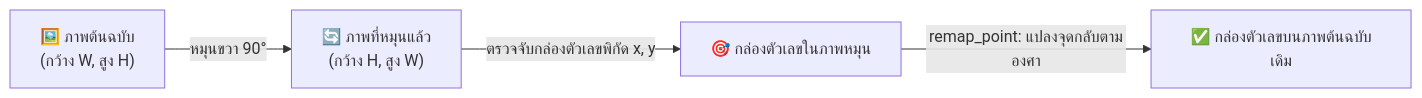
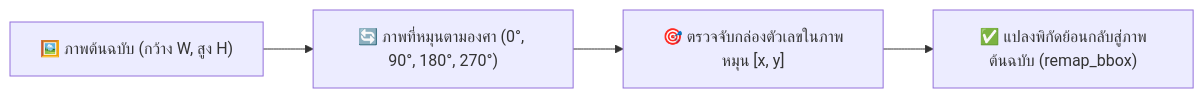
Before and after one commit to jirathxz/meter-reader: the seventh of 17 diagrams in TUTORIAL.md, drawn with Mermaid. The commit also changed other lines of this file, not shown here.

Commit message:
style(docs): split all remaining diagrams (1.3, 1.4, 3.1) into standalone A4-friendly diagrams

````diff
--- a/TUTORIAL.md
+++ b/TUTORIAL.md
@@ -713,6 +723,6 @@
 ```mermaid
 flowchart LR
-  A["🖼️ ภาพต้นฉบับ<br/>(กว้าง W, สูง H)"] -->|"หมุนขวา 90°"| B["🔄 ภาพที่หมุนแล้ว<br/>(กว้าง H, สูง W)"]
-  B -->|"ตรวจจับกล่องตัวเลขพิกัด x, y"| C["🎯 กล่องตัวเลขในภาพหมุน"]
-  C -->|"remap_point: แปลงจุดกลับตามองศา"| D["✅ กล่องตัวเลขบนภาพต้นฉบับเดิม"]
+  A["🖼️ ภาพต้นฉบับ (กว้าง W, สูง H)"] --> B["🔄 ภาพที่หมุนตามองศา (0°, 90°, 180°, 270°)"]
+  B --> C["🎯 ตรวจจับกล่องตัวเลขในภาพหมุน [x, y]"]
+  C --> D["✅ แปลงพิกัดย้อนกลับสู่ภาพต้นฉบับ (remap_bbox)"]
 ```
````
